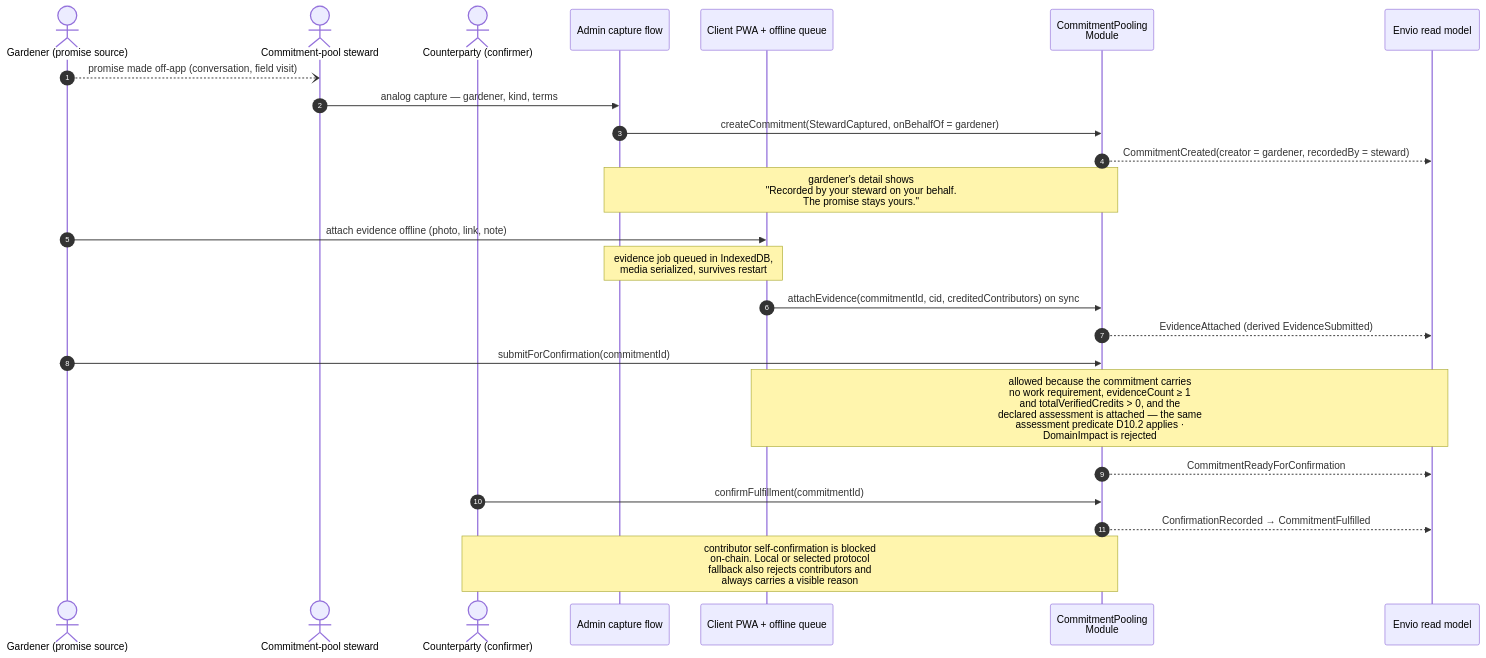
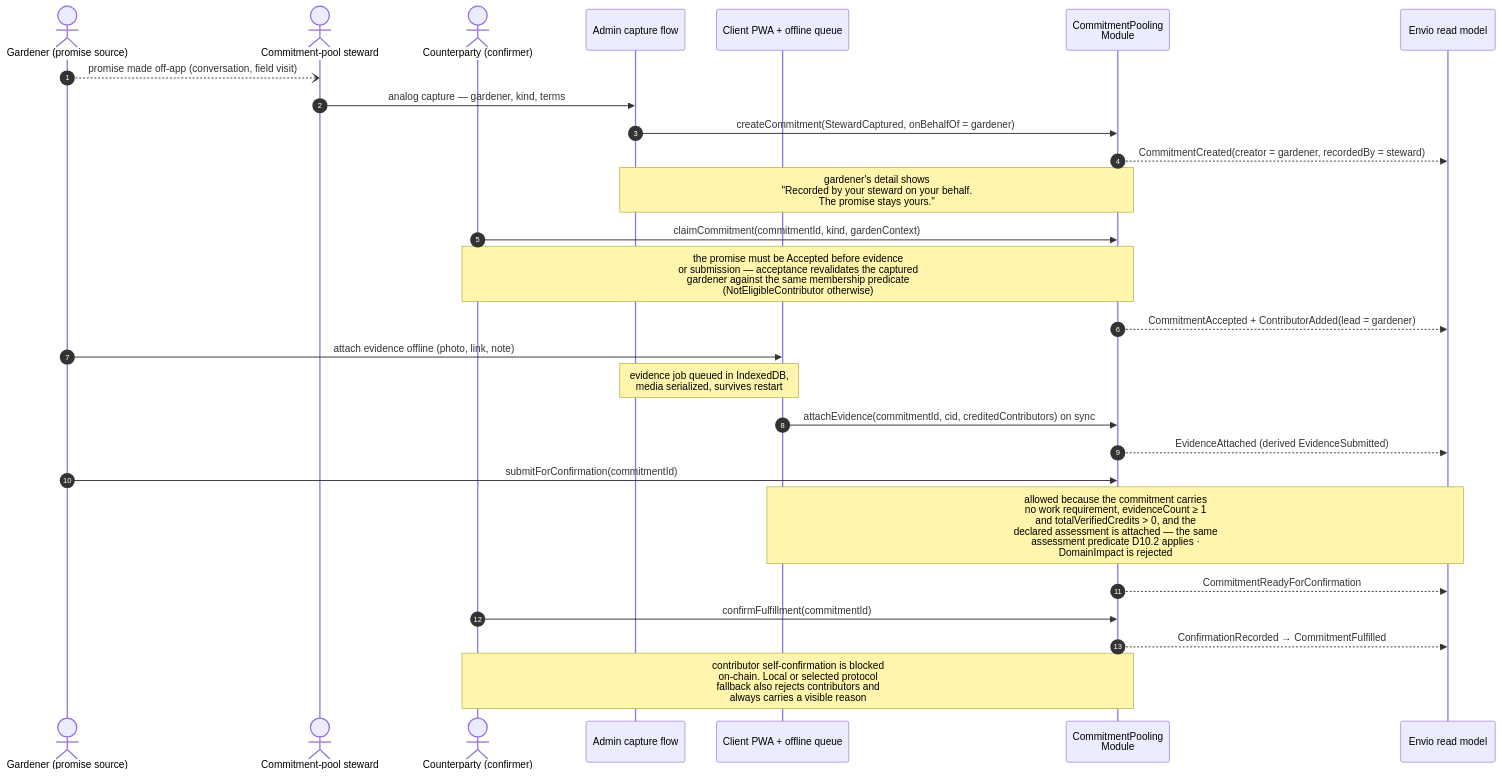
Before and after one commit to greenpill-dev-guild/green-goods: the ninth of 43 diagrams in .plans/active/commitment-pooling/diagrams.md, drawn with Mermaid. The commit also changed other lines of this file and 6 other files, not shown here.

First line of the commit message:
docs(commitment-pooling): realign the architecture tab with the merged contracts

````diff
--- a/.plans/active/commitment-pooling/diagrams.md
+++ b/.plans/active/commitment-pooling/diagrams.md
@@ -608,27 +619,30 @@
 ```mermaid
 sequenceDiagram
   autonumber
   actor GRD as Gardener (promise source)
   actor OP as Commitment-pool steward
   actor CP as Counterparty (confirmer)
   participant ADM as Admin capture flow
   participant PWA as Client PWA + offline queue
   participant M as CommitmentPooling<br/>Module
   participant IDX as Envio read model
 
   GRD--)OP: promise made off-app (conversation, field visit)
   OP->>ADM: analog capture — gardener, kind, terms
   ADM->>M: createCommitment(StewardCaptured, onBehalfOf = gardener)
   M-->>IDX: CommitmentCreated(creator = gardener, recordedBy = steward)
   Note over ADM,M: gardener's detail shows<br/>"Recorded by your steward on your behalf.<br/>The promise stays yours."
+  CP->>M: claimCommitment(commitmentId, kind, gardenContext)
+  Note over CP,M: the promise must be Accepted before evidence<br/>or submission — acceptance revalidates the captured<br/>gardener against the same membership predicate<br/>(NotEligibleContributor otherwise)
+  M-->>IDX: CommitmentAccepted + ContributorAdded(lead = gardener)
   GRD->>PWA: attach evidence offline (photo, link, note)
   Note over ADM,PWA: evidence job queued in IndexedDB,<br/>media serialized, survives restart
   PWA->>M: attachEvidence(commitmentId, cid, creditedContributors) on sync
   M-->>IDX: EvidenceAttached (derived EvidenceSubmitted)
   GRD->>M: submitForConfirmation(commitmentId)
   Note over PWA,IDX: allowed because the commitment carries<br/>no work requirement, evidenceCount ≥ 1<br/>and totalVerifiedCredits > 0, and the<br/>declared assessment is attached — the same<br/>assessment predicate D10.2 applies ·<br/>DomainImpact is rejected
   M-->>IDX: CommitmentReadyForConfirmation
   CP->>M: confirmFulfillment(commitmentId)
   M-->>IDX: ConfirmationRecorded → CommitmentFulfilled
   Note over CP,M: contributor self-confirmation is blocked<br/>on-chain. Local or selected protocol<br/>fallback also rejects contributors and<br/>always carries a visible reason
 ```
````
